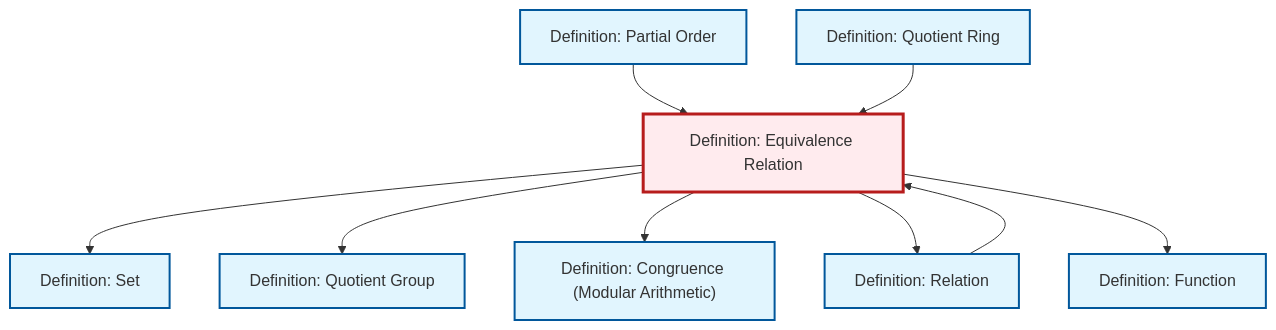
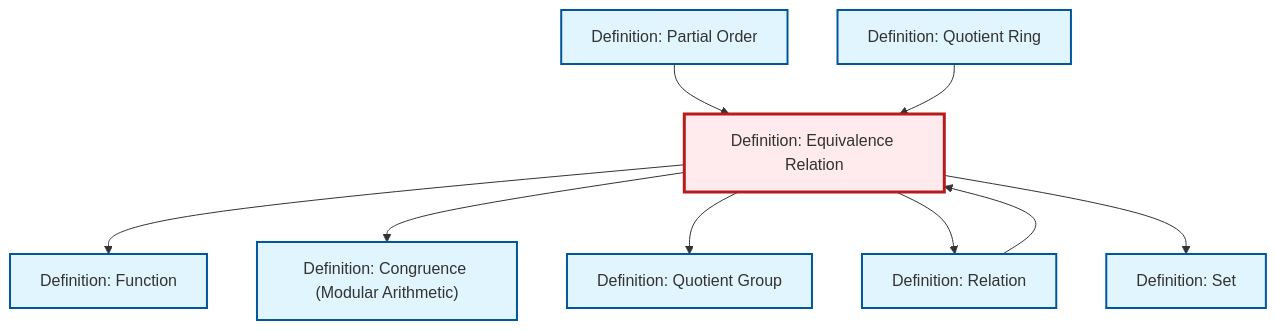
The diagram in content/en/logic-set-theory/def-equivalence-relation.qmd (RK0429/ModernMath), drawn with Mermaid before and after one commit. The commit also changed other lines of this file and 654 other files, not shown here.

First line of the commit message:
fix: Update cross-references to equivalence relation in quotient ring definitions

````diff
--- a/content/en/logic-set-theory/def-equivalence-relation.qmd
+++ b/content/en/logic-set-theory/def-equivalence-relation.qmd
@@ -115,33 +115,33 @@
 ```{mermaid}
 %%| fig-cap: "Local dependency graph"
 graph TD
     classDef definition fill:#e1f5fe,stroke:#01579b,stroke-width:2px
     classDef theorem fill:#f3e5f5,stroke:#4a148c,stroke-width:2px
     classDef axiom fill:#fff3e0,stroke:#e65100,stroke-width:2px
     classDef example fill:#e8f5e9,stroke:#1b5e20,stroke-width:2px
     classDef current fill:#ffebee,stroke:#b71c1c,stroke-width:3px
+    def-set["Definition: Set"]:::definition
     def-quotient-ring["Definition: Quotient Ring"]:::definition
     def-quotient-group["Definition: Quotient Group"]:::definition
     def-equivalence-relation["Definition: Equivalence Relation"]:::definition
+    def-relation["Definition: Relation"]:::definition
+    def-function["Definition: Function"]:::definition
+    def-partial-order["Definition: Partial Order"]:::definition
     def-congruence["Definition: Congruence (Modular Arithmetic)"]:::definition
-    def-partial-order["Definition: Partial Order"]:::definition
-    def-function["Definition: Function"]:::definition
-    def-relation["Definition: Relation"]:::definition
-    def-set["Definition: Set"]:::definition
-    def-equivalence-relation --> def-set
-    def-equivalence-relation --> def-quotient-group
+    def-partial-order --> def-equivalence-relation
+    def-equivalence-relation --> def-function
     def-relation --> def-equivalence-relation
     def-equivalence-relation --> def-congruence
-    def-partial-order --> def-equivalence-relation
+    def-equivalence-relation --> def-quotient-group
+    def-quotient-ring --> def-equivalence-relation
     def-equivalence-relation --> def-relation
-    def-quotient-ring --> def-equivalence-relation
-    def-equivalence-relation --> def-function
+    def-equivalence-relation --> def-set
     class def-equivalence-relation current
+    click def-set "def-set.html" "Go to Set definition"
     click def-quotient-ring "def-quotient-ring.html" "Go to Quotient Ring definition"
     click def-quotient-group "def-quotient-group.html" "Go to Quotient Group definition"
+    click def-relation "def-relation.html" "Go to Relation definition"
+    click def-function "def-function.html" "Go to Function definition"
+    click def-partial-order "def-partial-order.html" "Go to Partial Order definition"
     click def-congruence "def-congruence.html" "Go to Congruence (Modular Arithmetic) definition"
-    click def-partial-order "def-partial-order.html" "Go to Partial Order definition"
-    click def-function "def-function.html" "Go to Function definition"
-    click def-relation "def-relation.html" "Go to Relation definition"
-    click def-set "def-set.html" "Go to Set definition"
 ```
````
